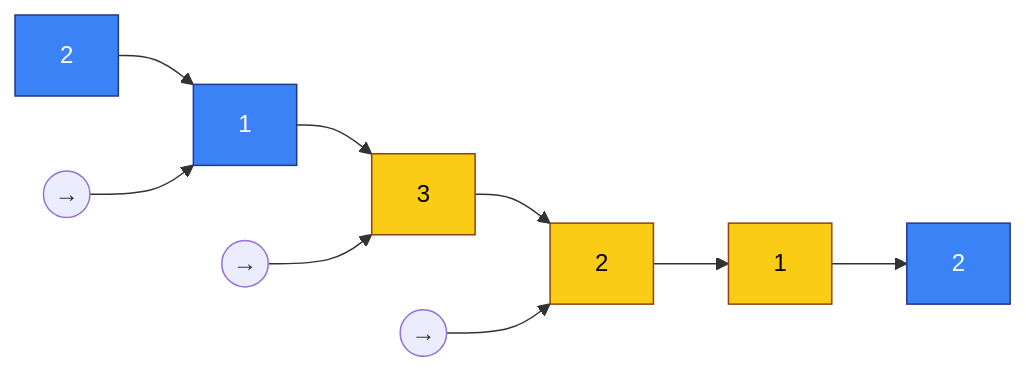
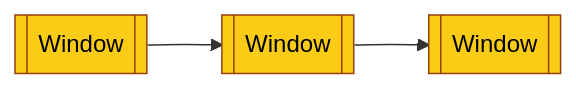
One commit to bhaskarneerati/coding-mermaid-diagrams changed diagram 11 of 11 in sliding-window.md. Above: the diagram before and after it, drawn with Mermaid. The commit also changed other lines of this file, not shown here.

````diff
--- a/sliding-window.md
+++ b/sliding-window.md
@@ -208,14 +210,8 @@
 ```mermaid
 flowchart LR
-C1[2] --> C2[1] --> C3[3] --> C4[2] --> C5[1] --> C6[2]
+step1[[Window]] --> step2[[Window]] --> step3[[Window]]
 
-move1((→)) --> C2
-move2((→)) --> C3
-move3((→)) --> C4
-
-classDef base fill:#3b82f6,stroke:#1e3a8a,color:#ffffff;
 classDef window fill:#facc15,stroke:#92400e,color:#000000;
 
-class C3,C4,C5 window;
-class C1,C2,C6 base;
+class step1,step2,step3 window;
 ```
````
